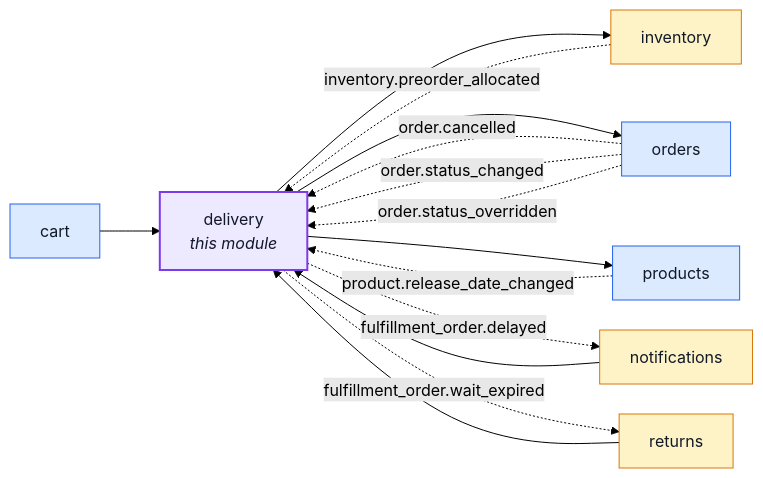
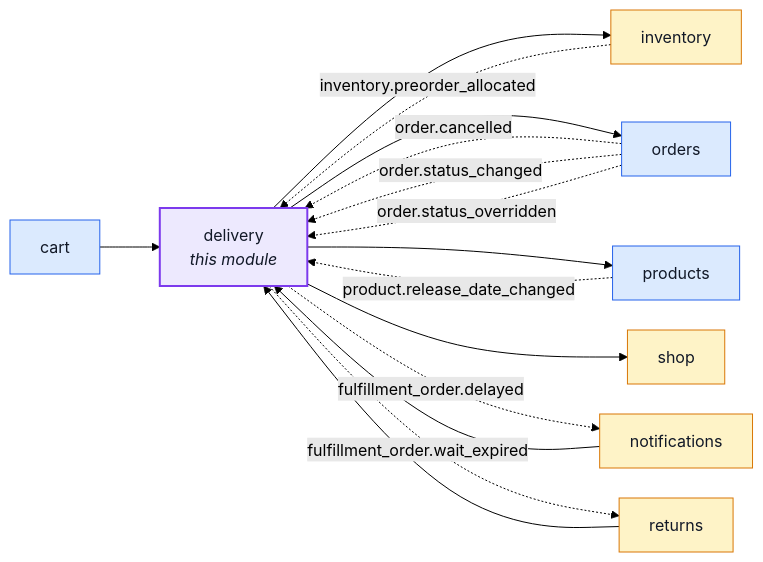
Before and after one commit to Guebbit/boilerplate-node-backend: the first of 6 diagrams in docs/modules/delivery.md, drawn with Mermaid (forest theme). The commit also changed other lines of this file and 70 other files, not shown here.

````diff
--- a/docs/modules/delivery.md
+++ b/docs/modules/delivery.md
@@ -16,33 +16,35 @@
 ```mermaid
 %%{init: {'flowchart': {'nodeSpacing': 30, 'rankSpacing': 60}}}%%
 flowchart LR
     delivery["delivery<br/><i>this module</i>"]
     cart["cart"]
     inventory["inventory"]
     notifications["notifications"]
     orders["orders"]
     products["products"]
     returns["returns"]
+    shop["shop"]
 
     cart --> delivery
     notifications --> delivery
     returns --> delivery
     delivery --> inventory
     delivery --> orders
     delivery --> products
+    delivery --> shop
     inventory -. "inventory.preorder_allocated" .-> delivery
     orders -. "order.cancelled" .-> delivery
     orders -. "order.status_changed" .-> delivery
     orders -. "order.status_overridden" .-> delivery
     products -. "product.release_date_changed" .-> delivery
     delivery -. "fulfillment_order.delayed" .-> notifications
     delivery -. "fulfillment_order.wait_expired" .-> returns
 
     classDef core fill:#dbeafe,stroke:#2563eb,color:#111827;
     classDef supporting fill:#fef3c7,stroke:#d97706,color:#111827;
     classDef generic fill:#dcfce7,stroke:#16a34a,color:#111827;
     classDef centre fill:#ede9fe,stroke:#7c3aed,stroke-width:2px,color:#111827;
     class cart,orders,products core;
-    class inventory,notifications,returns supporting;
+    class inventory,notifications,returns,shop supporting;
     class delivery centre;
 ```
````
